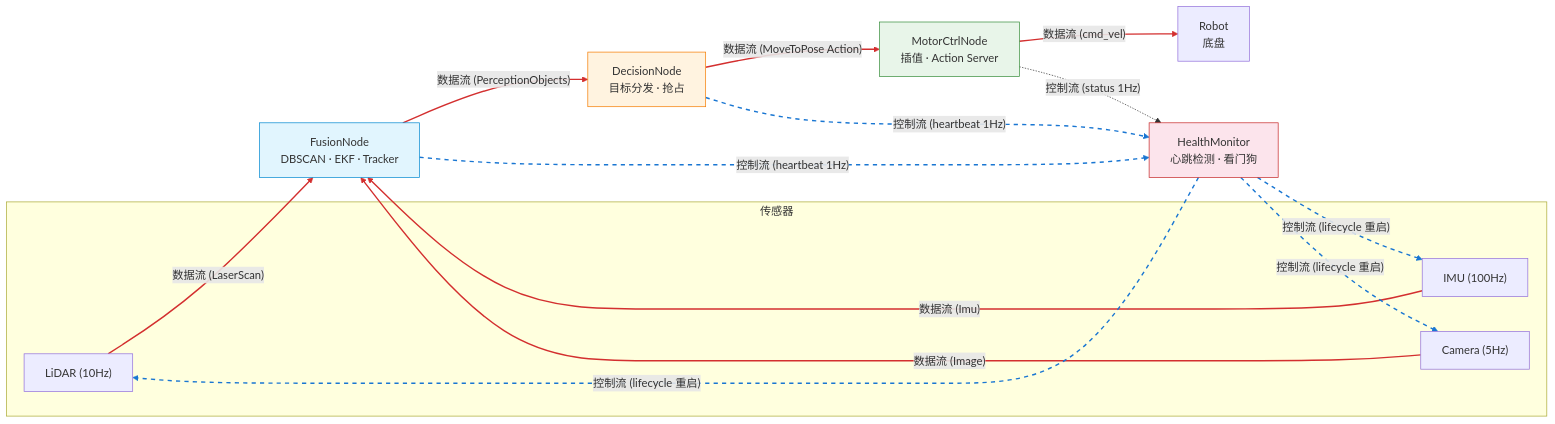
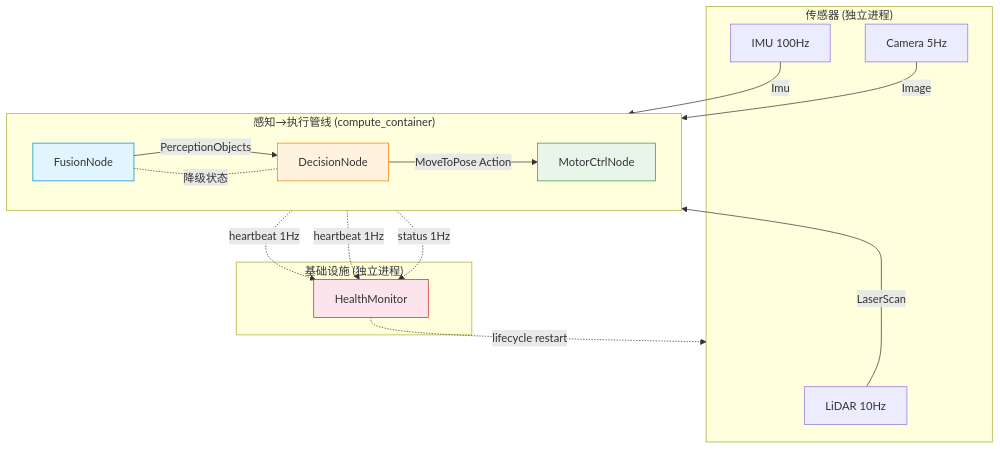
Before and after one commit to guang-lee-cn/ros2_robot_middleware: the second of 5 diagrams in doc/ARCHITECTURE.md, drawn with Mermaid.

Commit message:
fix(docs): clean unified flow — subgraphs, no linkStyle indexes

````diff
--- a/doc/ARCHITECTURE.md
+++ b/doc/ARCHITECTURE.md
@@ -91,46 +91,38 @@
 ```mermaid
-flowchart LR
-    subgraph sensors["传感器"]
-        L["LiDAR (10Hz)"]
-        I["IMU (100Hz)"]
-        C["Camera (5Hz)"]
+flowchart TB
+    subgraph sensors["传感器 (独立进程)"]
+        L["LiDAR 10Hz"]
+        I["IMU 100Hz"]
+        C["Camera 5Hz"]
     end
 
-    FUSION["FusionNode<br/>DBSCAN · EKF · Tracker"]
-    DECISION["DecisionNode<br/>目标分发 · 抢占"]
-    MOTOR["MotorCtrlNode<br/>插值 · Action Server"]
-    HEALTH["HealthMonitor<br/>心跳检测 · 看门狗"]
-    ROBOT["Robot<br/>底盘"]
+    subgraph pipeline["感知→执行管线 (compute_container)"]
+        direction LR
+        FUSION["FusionNode"]
+        DECISION["DecisionNode"]
+        MOTOR["MotorCtrlNode"]
+    end
 
-    L -->|"数据流 (LaserScan)"| FUSION
-    I -->|"数据流 (Imu)"| FUSION
-    C -->|"数据流 (Image)"| FUSION
-    FUSION -->|"数据流 (PerceptionObjects)"| DECISION
-    DECISION -->|"数据流 (MoveToPose Action)"| MOTOR
-    MOTOR -->|"数据流 (cmd_vel)"| ROBOT
+    subgraph infra["基础设施 (独立进程)"]
+        HEALTH["HealthMonitor"]
+    end
 
-    HEALTH -.->|"控制流 (lifecycle 重启)"| L
-    HEALTH -.->|"控制流 (lifecycle 重启)"| I
-    HEALTH -.->|"控制流 (lifecycle 重启)"| C
+    L -->|"LaserScan"| FUSION
+    I -->|"Imu"| FUSION
+    C -->|"Image"| FUSION
+    FUSION -->|"PerceptionObjects"| DECISION
+    DECISION -->|"MoveToPose Action"| MOTOR
 
-    FUSION -.->|"控制流 (heartbeat 1Hz)"| HEALTH
-    DECISION -.->|"控制流 (heartbeat 1Hz)"| HEALTH
-    MOTOR -.->|"控制流 (status 1Hz)"| HEALTH
+    FUSION -.->|"heartbeat 1Hz"| HEALTH
+    DECISION -.->|"heartbeat 1Hz"| HEALTH
+    MOTOR -.->|"status 1Hz"| HEALTH
 
-    linkStyle 0 stroke:#d32f2f,stroke-width:2px
-    linkStyle 1 stroke:#d32f2f,stroke-width:2px
-    linkStyle 2 stroke:#d32f2f,stroke-width:2px
-    linkStyle 3 stroke:#d32f2f,stroke-width:2px
-    linkStyle 4 stroke:#d32f2f,stroke-width:2px
-    linkStyle 5 stroke:#d32f2f,stroke-width:2px
-    linkStyle 6 stroke:#1976d2,stroke-width:2px,stroke-dasharray:6
-    linkStyle 7 stroke:#1976d2,stroke-width:2px,stroke-dasharray:6
-    linkStyle 8 stroke:#1976d2,stroke-width:2px,stroke-dasharray:6
-    linkStyle 9 stroke:#1976d2,stroke-width:2px,stroke-dasharray:6
-    linkStyle 10 stroke:#1976d2,stroke-width:2px,stroke-dasharray:6
+    HEALTH -.->|"lifecycle restart"| sensors
+
+    FUSION -.-|"降级状态"| DECISION
 
     style FUSION fill:#e1f5fe,stroke:#0288d1
     style DECISION fill:#fff3e0,stroke:#f57c00
     style MOTOR fill:#e8f5e9,stroke:#388e3c
     style HEALTH fill:#fce4ec,stroke:#c62828
 ```
````
